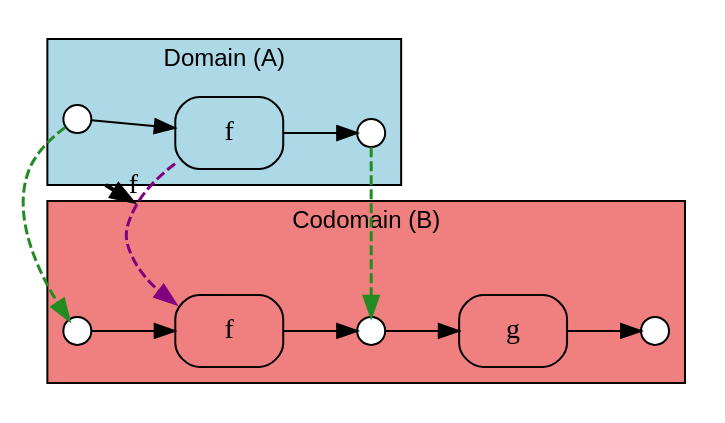
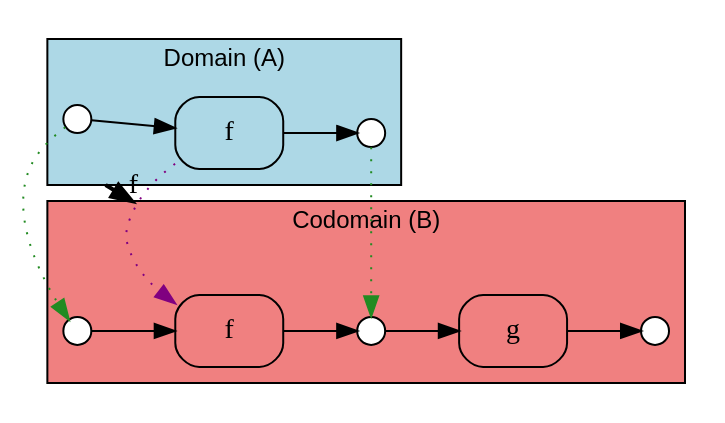
One commit to ammatsui/bhypvis changed the diagram in example_morphism_morphism.dot. Above: the diagram before and after it, drawn with Graphviz. The commit also changed 939 other files, not shown here.

```diff
--- a/example_morphism_morphism.dot
+++ b/example_morphism_morphism.dot
@@ -1,50 +1,49 @@
 digraph Morphism {
   fontname="Helvetica"
   fontsize=12
   rankdir=LR;
   compound=true;
   newrank=true;
 
   subgraph cluster_domain {
     label="Domain (A)";
     style=filled;
     fillcolor="lightblue";
     fontname="Helvetica";
     fontsize=12;
 
+    dom_n1 [label="", shape=circle, style=filled, fillcolor=white, color="black", width=0.2, height=0.2, fixedsize=true];
     dom_n0 [label="", shape=circle, style=filled, fillcolor=white, color="black", width=0.2, height=0.2, fixedsize=true];
-    dom_n1 [label="", shape=circle, style=filled, fillcolor=white, color="black", width=0.2, height=0.2, fixedsize=true];
     dom_e0 [label="f", shape=box, style=rounded, color="black"];
     dom_n0 -> dom_e0 [label=""];
     dom_e0 -> dom_n1 [label=""];
     dom_anchor [shape=point, width=0, height=0, style=invis];
   }
 
   subgraph cluster_codomain {
     label="Codomain (B)";
     style=filled;
     fillcolor="lightcoral";
     fontname="Helvetica";
     fontsize=12;
 
+    cod_n2 [label="", shape=circle, style=filled, fillcolor=white, color="black", width=0.2, height=0.2, fixedsize=true];
+    cod_n0 [label="", shape=circle, style=filled, fillcolor=white, color="black", width=0.2, height=0.2, fixedsize=true];
     cod_n1 [label="", shape=circle, style=filled, fillcolor=white, color="black", width=0.2, height=0.2, fixedsize=true];
-    cod_n0 [label="", shape=circle, style=filled, fillcolor=white, color="black", width=0.2, height=0.2, fixedsize=true];
-    cod_n2 [label="", shape=circle, style=filled, fillcolor=white, color="black", width=0.2, height=0.2, fixedsize=true];
     cod_e0 [label="f", shape=box, style=rounded, color="black"];
     cod_e1 [label="g", shape=box, style=rounded, color="black"];
     cod_n0 -> cod_e0 [label=""];
     cod_e0 -> cod_n1 [label=""];
     cod_n1 -> cod_e1 [label=""];
     cod_e1 -> cod_n2 [label=""];
     cod_anchor [shape=point, width=0, height=0, style=invis];
   }
 
-  // Morphism: node mappings
-  dom_n1 -> cod_n1 [style=dashed, color=forestgreen, penwidth=1.5, constraint=false];
-  dom_n0 -> cod_n0 [style=dashed, color=forestgreen, penwidth=1.5, constraint=false];
-  // Morphism: edge mappings
-  dom_e0 -> cod_e0 [style=dashed, color=purple, penwidth=1.5, constraint=false];
+  // Morphism mappings
+  dom_n0 -> cod_n0 [style=dotted, color=forestgreen, constraint=false];
+  dom_n1 -> cod_n1 [style=dotted, color=forestgreen, constraint=false];
+  dom_e0 -> cod_e0 [style=dotted, color=purple, constraint=false];
 
   // Cluster-level morphism arrow
   dom_anchor -> cod_anchor [lhead=cluster_codomain, ltail=cluster_domain, style=bold, color=black, label="f", penwidth=2];
 }
```
